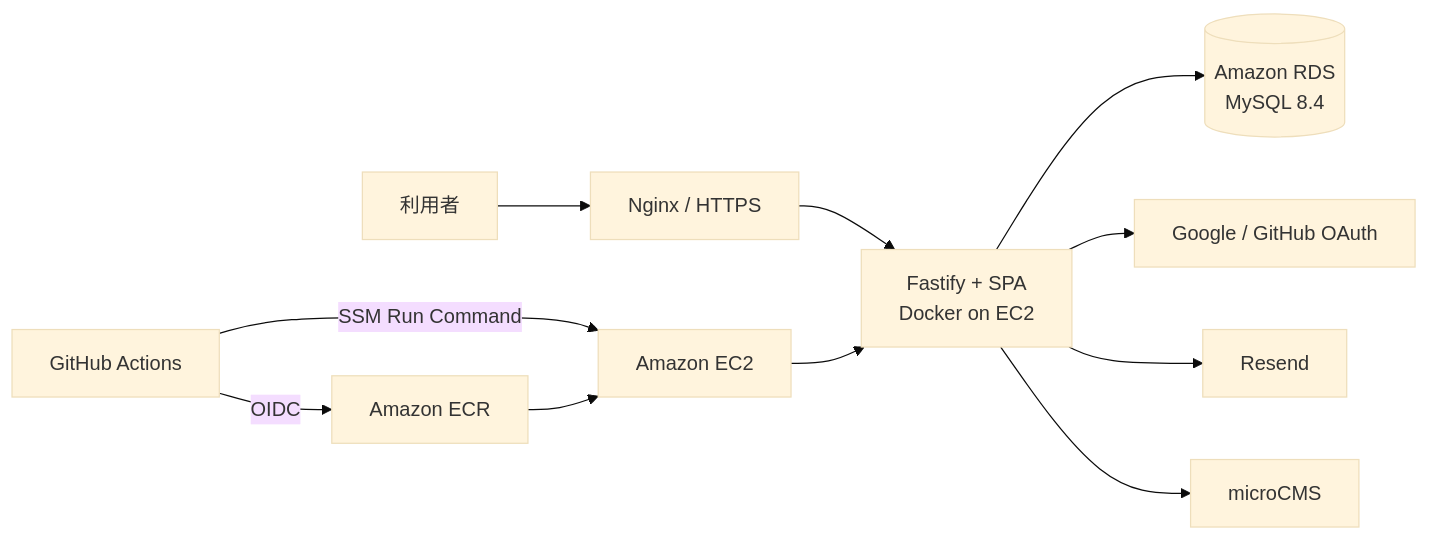
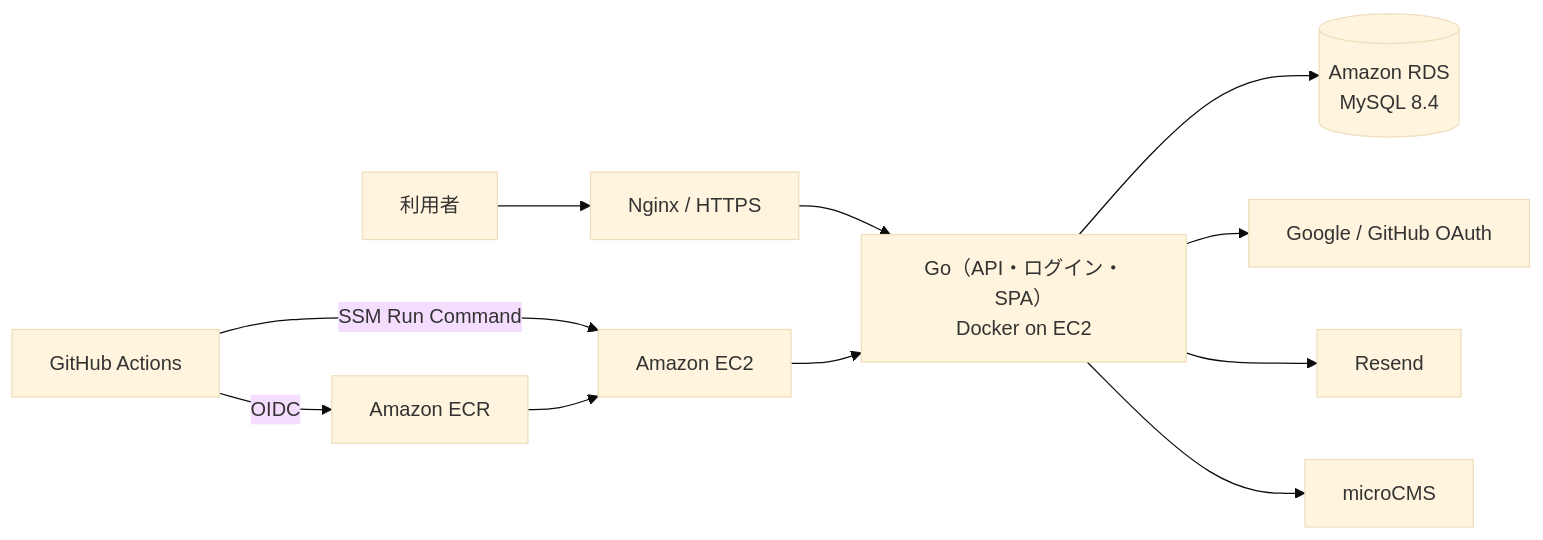
One commit to shimaiku1960/juken-map changed the diagram in README.md. Above: the diagram before and after it, drawn with Mermaid (base theme). The commit also changed other lines of this file and 111 other files, not shown here.

````diff
--- a/README.md
+++ b/README.md
@@ -77,14 +77,14 @@
 ```mermaid
 flowchart LR
     User[利用者] --> Nginx[Nginx / HTTPS]
-    Nginx --> App[Fastify + SPA\nDocker on EC2]
+    Nginx --> App[Go（API・ログイン・SPA）\nDocker on EC2]
     App --> RDS[(Amazon RDS\nMySQL 8.4)]
     App --> Auth[Google / GitHub OAuth]
     App --> Resend[Resend]
     App --> CMS[microCMS]
 
     GitHub[GitHub Actions] -->|OIDC| ECR[Amazon ECR]
     GitHub -->|SSM Run Command| EC2[Amazon EC2]
     ECR --> EC2
     EC2 --> App
 ```
````
